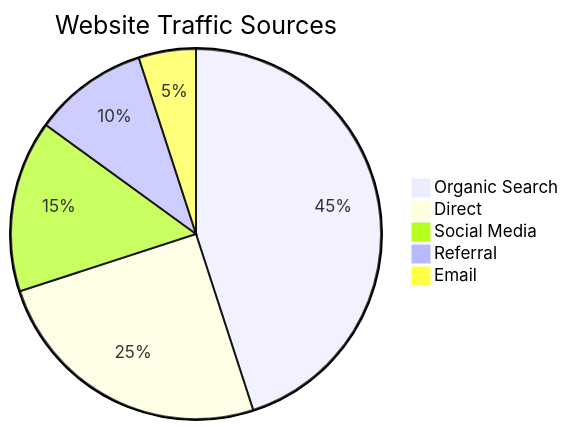
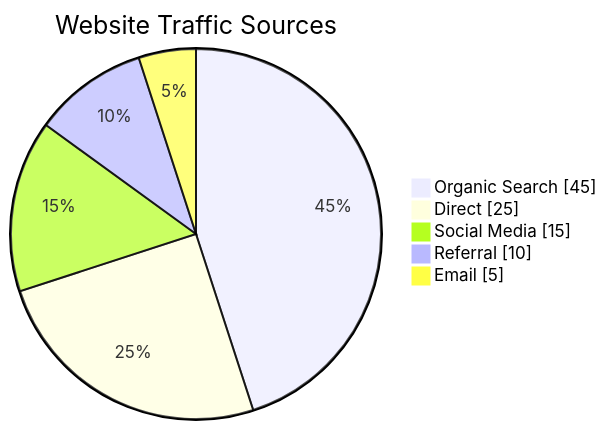
One commit to LucaNerlich/lucanerlich.com changed diagram 23 of 43 in docs/building-for-the-web/mermaid-diagrams.mdx. Above: the diagram before and after it, drawn with Mermaid. The commit also changed other lines of this file and 2 other files, not shown here.

First line of the commit message:
Make the Mermaid diagrams guide accurate for this site (#84)

````diff
--- a/docs/building-for-the-web/mermaid-diagrams.mdx
+++ b/docs/building-for-the-web/mermaid-diagrams.mdx
@@ -974,8 +1150,8 @@
 ```mermaid
-pie title Website Traffic Sources
+pie showData title Website Traffic Sources
     "Organic Search" : 45
     "Direct" : 25
     "Social Media" : 15
     "Referral" : 10
     "Email" : 5
 ```
````
